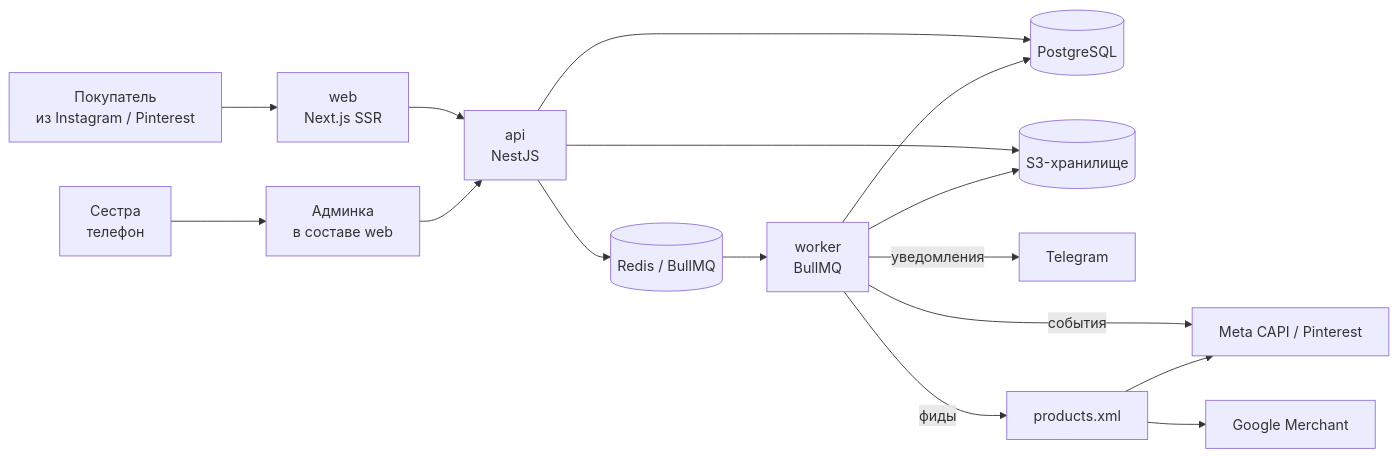
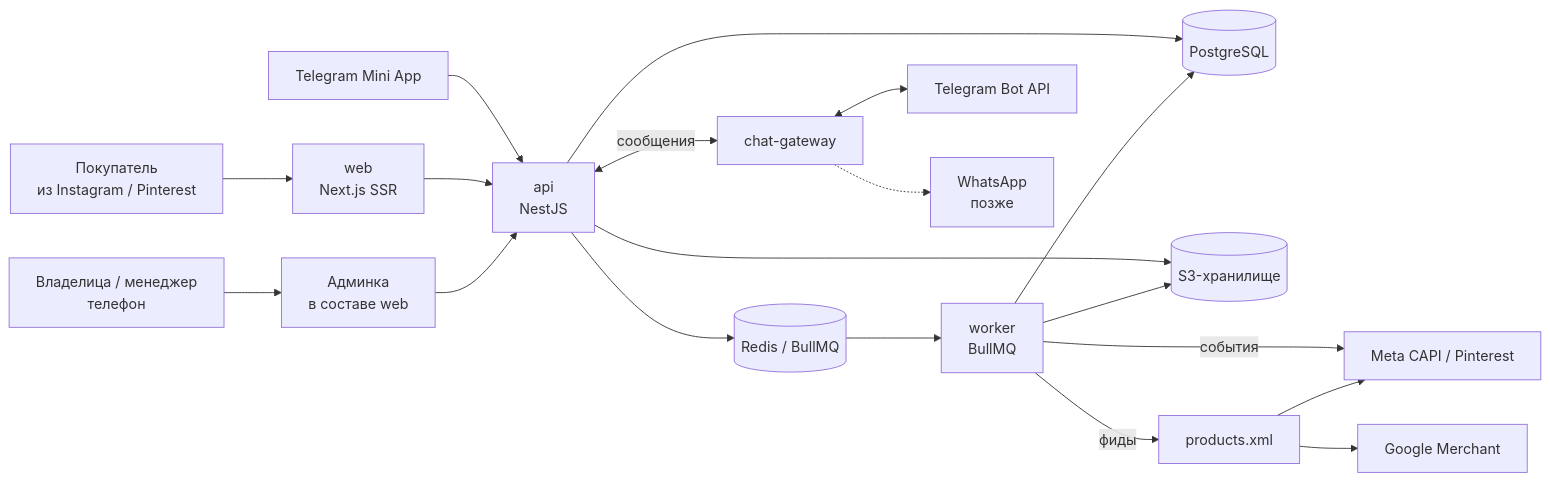
One commit to ElamanBaiguanishev/artshop changed the diagram in docs/architecture.md. Above: the diagram before and after it, drawn with Mermaid. The commit also changed other lines of this file and 3 other files, not shown here.

First line of the commit message:
Чат-шлюз, единый inbox и Telegram Mini App в плане

````diff
--- a/docs/architecture.md
+++ b/docs/architecture.md
@@ -5,18 +5,21 @@
 ```mermaid
 flowchart LR
     U[Покупатель<br/>из Instagram / Pinterest] --> WEB[web<br/>Next.js SSR]
-    A[Сестра<br/>телефон] --> ADM[Админка<br/>в составе web]
+    MA[Telegram Mini App] --> API
+    A[Владелица / менеджер<br/>телефон] --> ADM[Админка<br/>в составе web]
     WEB --> API[api<br/>NestJS]
     ADM --> API
     API --> PG[(PostgreSQL)]
     API --> Q[(Redis / BullMQ)]
     API --> S3[(S3-хранилище)]
     Q --> W[worker<br/>BullMQ]
     W --> S3
     W --> PG
-    W -->|уведомления| TG[Telegram]
     W -->|события| META[Meta CAPI / Pinterest]
     W -->|фиды| FEED[products.xml]
     FEED --> META
     FEED --> GOOG[Google Merchant]
+    API <-->|сообщения| CG[chat-gateway]
+    CG <--> TG[Telegram Bot API]
+    CG -.-> WA[WhatsApp<br/>позже]
 ```
````
